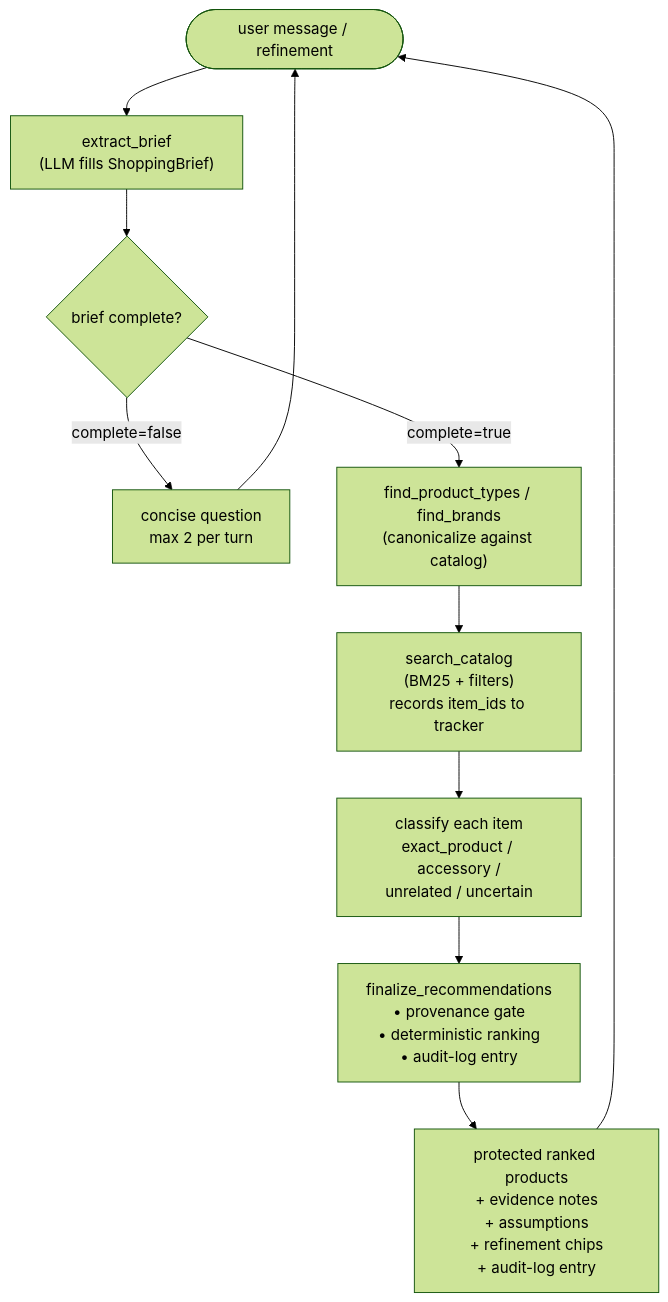
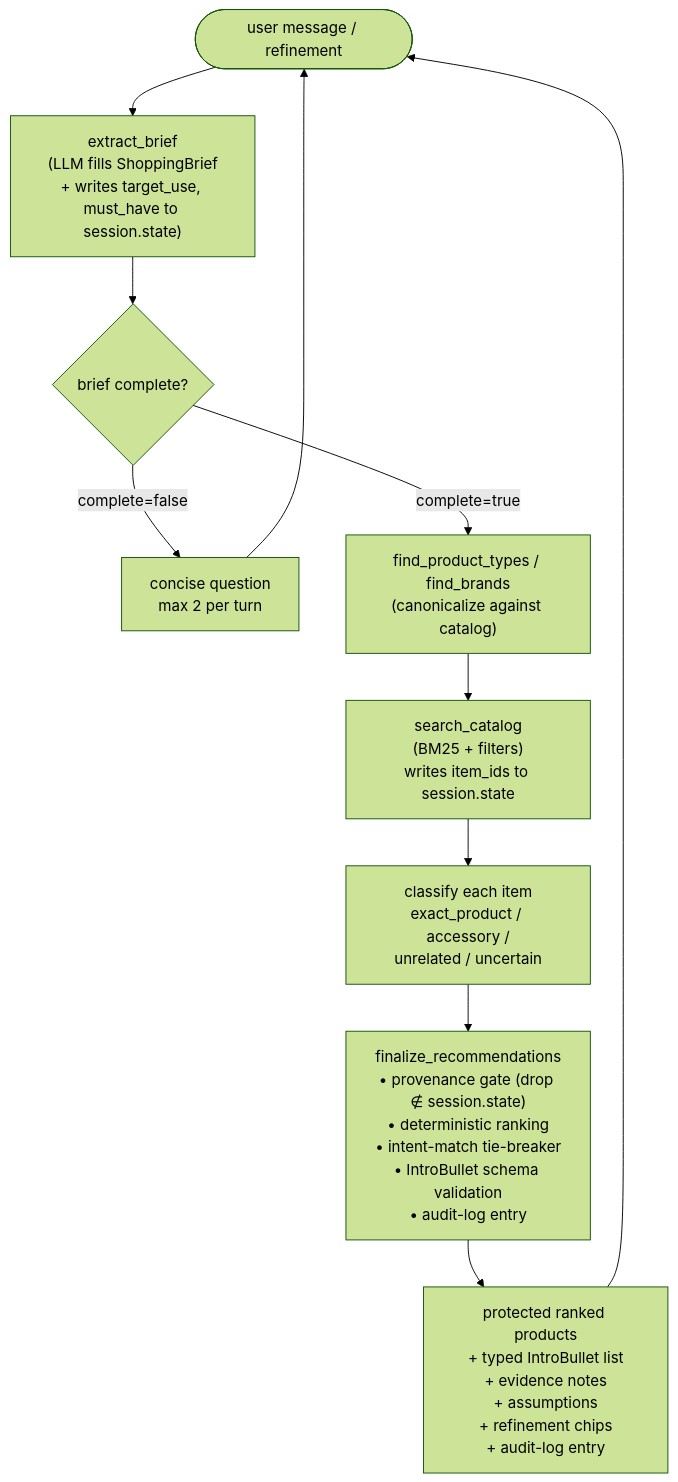
Before and after one commit to rajasingh012/retail-concierge: the second of 5 diagrams in architecture.md, drawn with Mermaid (forest theme). The commit also changed other lines of this file, not shown here.

First line of the commit message:
docs(architecture): align with session.state refactor and IntroBullet schema

````diff
--- a/architecture.md
+++ b/architecture.md
@@ -54,23 +56,23 @@
 ```mermaid
 flowchart TD
   user(["user message / refinement"])
-  brief["extract_brief<br/>(LLM fills ShoppingBrief)"]
+  brief["extract_brief<br/>(LLM fills ShoppingBrief<br/>+ writes target_use, must_have to session.state)"]
   qcheck{brief complete?}
   question["concise question<br/>max 2 per turn"]
   resolve["find_product_types / find_brands<br/>(canonicalize against catalog)"]
-  search["search_catalog<br/>(BM25 + filters)<br/>records item_ids to tracker"]
+  search["search_catalog<br/>(BM25 + filters)<br/>writes item_ids to session.state"]
   classify["classify each item<br/>exact_product / accessory /<br/>unrelated / uncertain"]
-  finalize["finalize_recommendations<br/>• provenance gate<br/>• deterministic ranking<br/>• audit-log entry"]
-  out["protected ranked products<br/>+ evidence notes<br/>+ assumptions<br/>+ refinement chips<br/>+ audit-log entry"]
+  finalize["finalize_recommendations<br/>• provenance gate (drop ∉ session.state)<br/>• deterministic ranking<br/>• intent-match tie-breaker<br/>• IntroBullet schema validation<br/>• audit-log entry"]
+  out["protected ranked products<br/>+ typed IntroBullet list<br/>+ evidence notes<br/>+ assumptions<br/>+ refinement chips<br/>+ audit-log entry"]
 
   user --> brief
   brief --> qcheck
   qcheck -- "complete=false" --> question
   qcheck -- "complete=true" --> resolve
   question --> user
   resolve --> search
   search --> classify
   classify --> finalize
   finalize --> out
   out --> user
 ```
````
